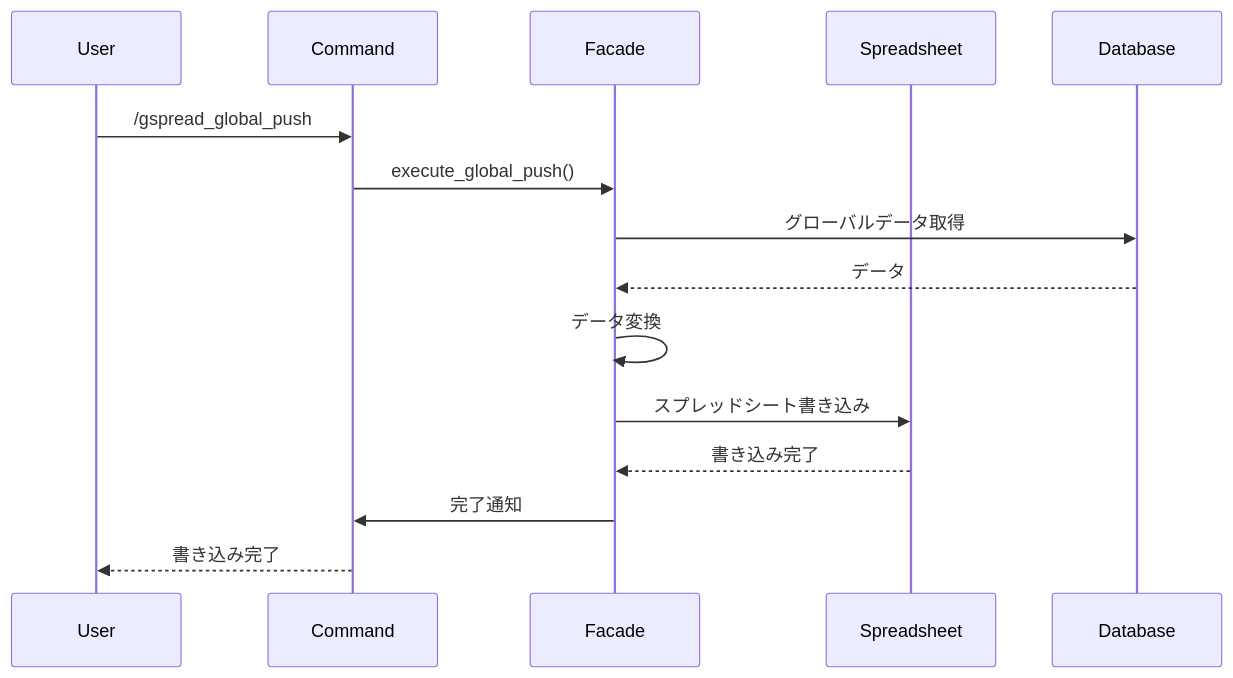
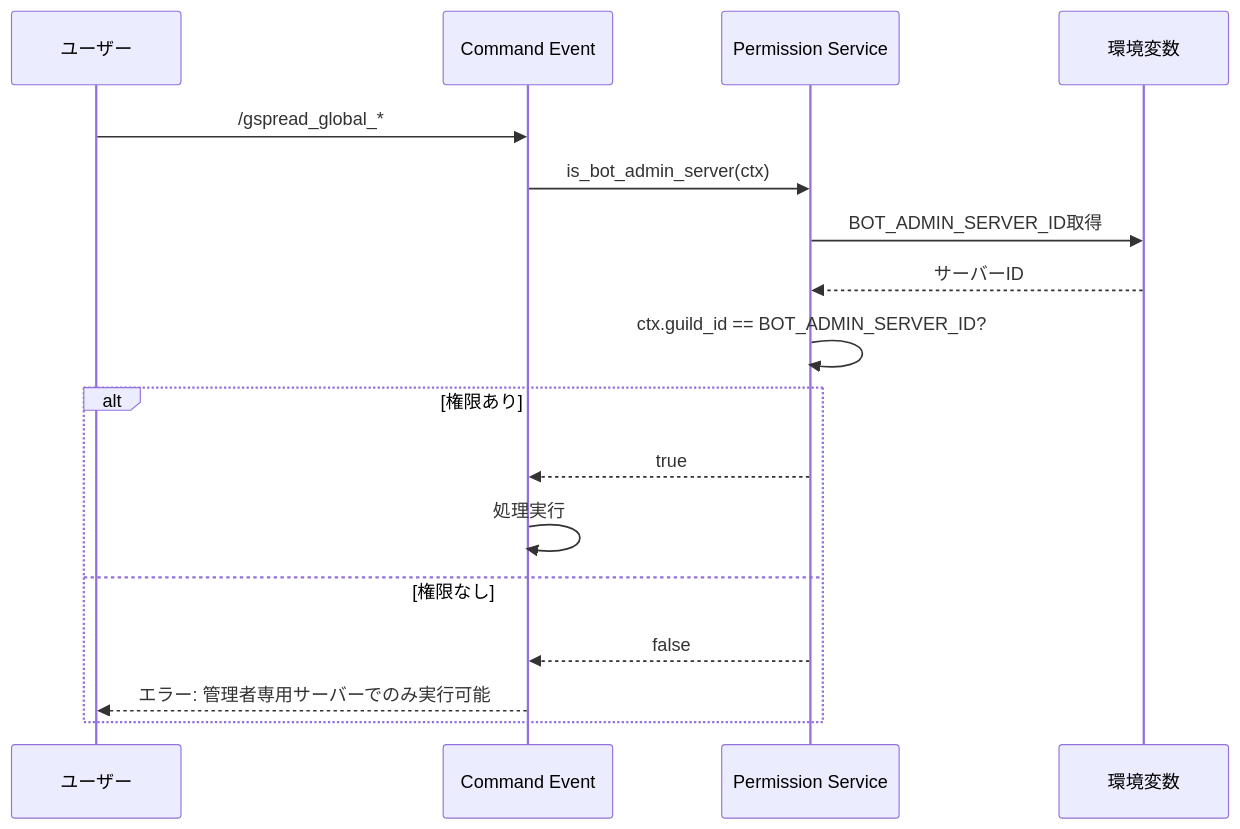
Before and after one commit to varubogu/gbf_discord_bot_rs: the third of 3 diagrams in docs/develop/features/google_spreadsheet_global.md, drawn with Mermaid. The commit also changed other lines of this file and 1 other file, not shown here.

````diff
--- a/docs/develop/features/google_spreadsheet_global.md
+++ b/docs/develop/features/google_spreadsheet_global.md
@@ -159,18 +297,21 @@
 ```mermaid
 sequenceDiagram
-    participant U as User
-    participant C as Command
-    participant F as Facade
-    participant S as Spreadsheet
-    participant D as Database
+    participant User as ユーザー
+    participant Event as Command Event
+    participant Permission as Permission Service
+    participant Env as 環境変数
 
-    U->>C: /gspread_global_push
-    C->>F: execute_global_push()
-    F->>D: グローバルデータ取得
-    D-->>F: データ
-    F->>F: データ変換
-    F->>S: スプレッドシート書き込み
-    S-->>F: 書き込み完了
-    F->>C: 完了通知
-    C-->>U: 書き込み完了
+    User->>Event: /gspread_global_*
+    Event->>Permission: is_bot_admin_server(ctx)
+    Permission->>Env: BOT_ADMIN_SERVER_ID取得
+    Env-->>Permission: サーバーID
+    Permission->>Permission: ctx.guild_id == BOT_ADMIN_SERVER_ID?
+
+    alt 権限あり
+        Permission-->>Event: true
+        Event->>Event: 処理実行
+    else 権限なし
+        Permission-->>Event: false
+        Event-->>User: エラー: 管理者専用サーバーでのみ実行可能
+    end
 ```
````
